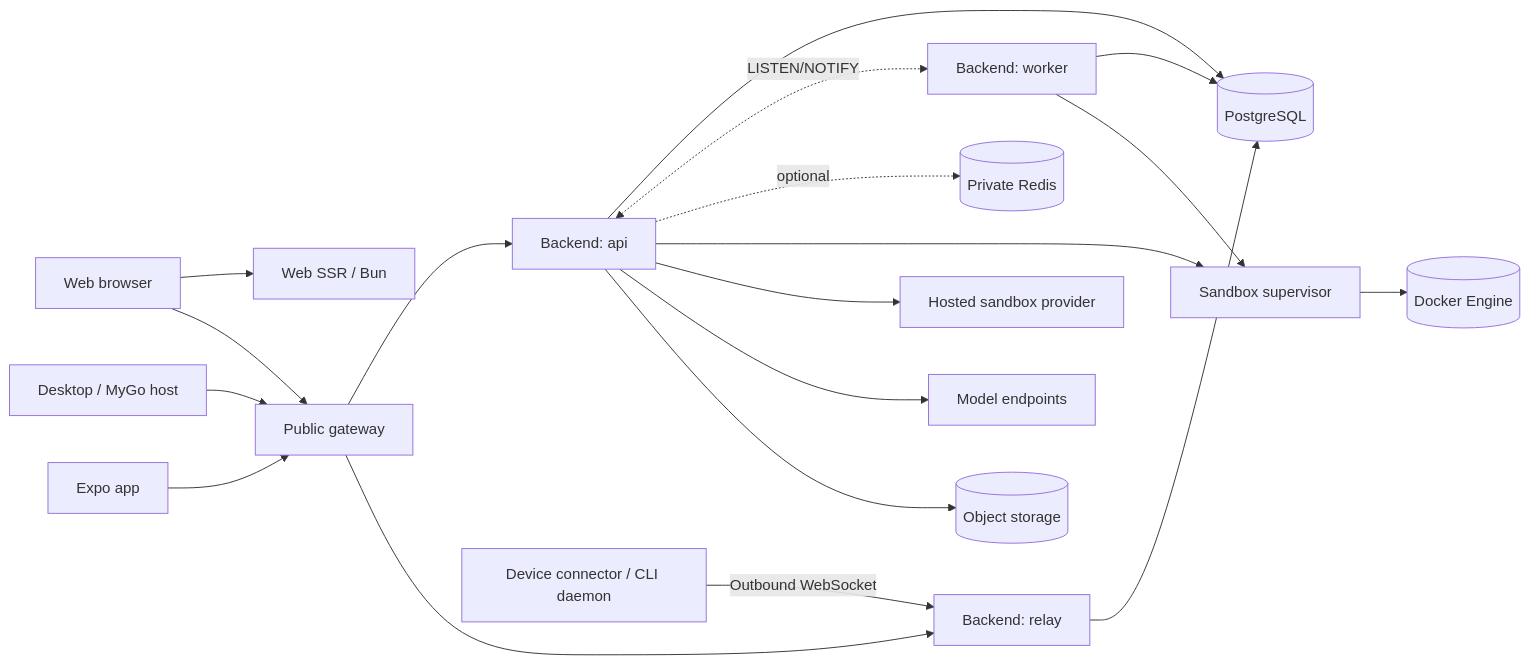
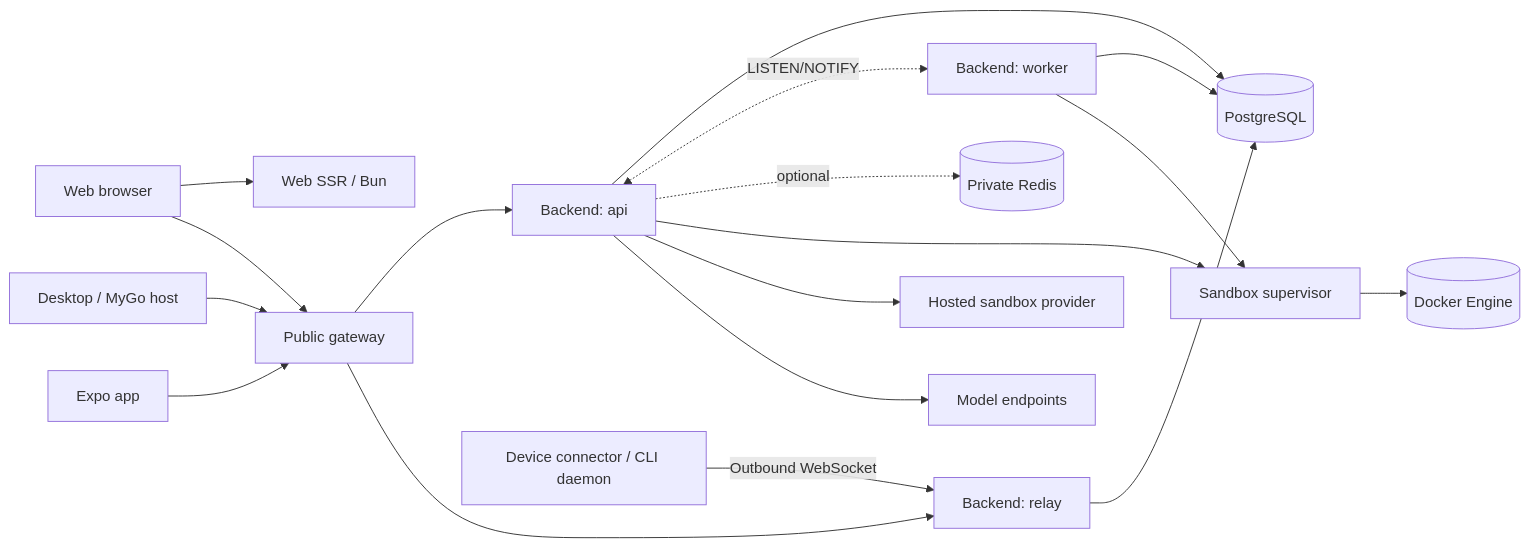
One commit to raypx/raypx changed the diagram in docs/architecture/README.md. Above: the diagram before and after it, drawn with Mermaid. The commit also changed other lines of this file and 924 other files, not shown here.

````diff
--- a/docs/architecture/README.md
+++ b/docs/architecture/README.md
@@ -68,21 +59,20 @@
 ```mermaid
 flowchart LR
   Browser[Web browser] --> Web[Web SSR / Bun]
   Browser --> Gateway[Public gateway]
   Desktop[Desktop / MyGo host] --> Gateway
   Mobile[Expo app] --> Gateway
   Gateway --> API[Backend: api]
   Gateway --> Relay[Backend: relay]
   API --> PG[(PostgreSQL)]
   Worker[Backend: worker] --> PG
   Relay --> PG
   API <-. LISTEN/NOTIFY .-> Worker
   API -. optional .-> Redis[(Private Redis)]
   API --> Supervisor[Sandbox supervisor]
   Worker --> Supervisor
   Supervisor --> Docker[(Docker Engine)]
   API --> Hosted[Hosted sandbox provider]
   Connector[Device connector / CLI daemon] -->|Outbound WebSocket| Relay
   API --> Models[Model endpoints]
-  API --> Storage[(Object storage)]
 ```
````
